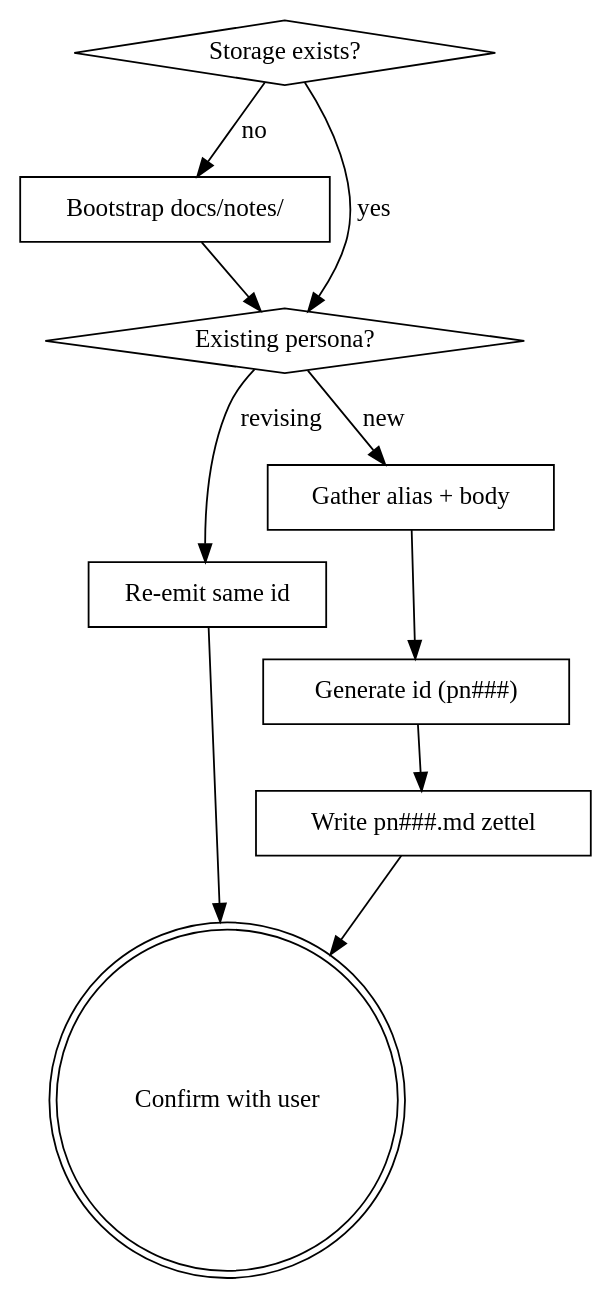
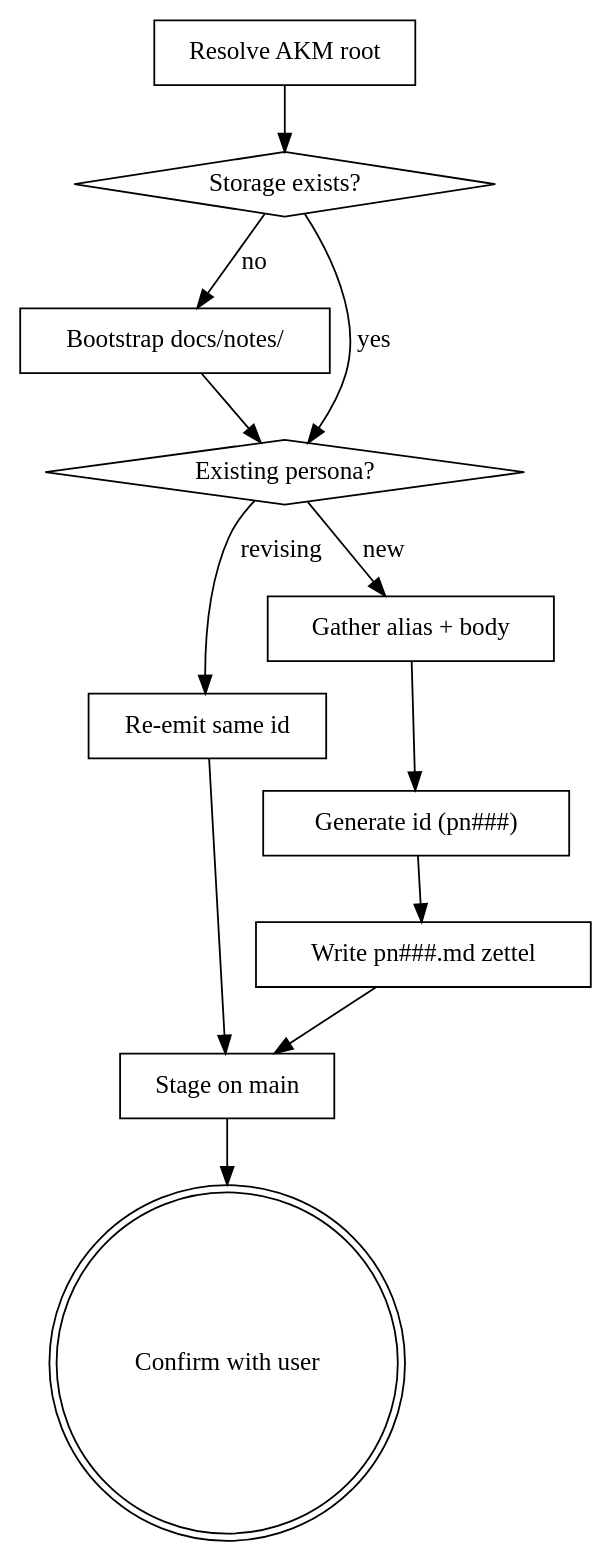
Before and after one commit to b3tchi/dotfiles: the diagram in claude/marketplace/plugins/infinifu/skills/persona-write/SKILL.md, drawn with Graphviz. The commit also changed other lines of this file and 53 other files, not shown here.

````diff
--- a/claude/marketplace/plugins/infinifu/skills/persona-write/SKILL.md
+++ b/claude/marketplace/plugins/infinifu/skills/persona-write/SKILL.md
@@ -59,22 +71,26 @@
 ```dot
 digraph persona_create {
+    "Resolve AKM root" [shape=box];
     "Storage exists?" [shape=diamond];
     "Bootstrap docs/notes/" [shape=box];
     "Existing persona?" [shape=diamond];
     "Re-emit same id" [shape=box];
     "Gather alias + body" [shape=box];
     "Generate id (pn###)" [shape=box];
     "Write pn###.md zettel" [shape=box];
+    "Stage on main" [shape=box];
     "Confirm with user" [shape=doublecircle];
 
+    "Resolve AKM root" -> "Storage exists?";
     "Storage exists?" -> "Bootstrap docs/notes/" [label="no"];
     "Storage exists?" -> "Existing persona?" [label="yes"];
     "Bootstrap docs/notes/" -> "Existing persona?";
     "Existing persona?" -> "Re-emit same id" [label="revising"];
     "Existing persona?" -> "Gather alias + body" [label="new"];
-    "Re-emit same id" -> "Confirm with user";
+    "Re-emit same id" -> "Stage on main";
     "Gather alias + body" -> "Generate id (pn###)";
     "Generate id (pn###)" -> "Write pn###.md zettel";
-    "Write pn###.md zettel" -> "Confirm with user";
+    "Write pn###.md zettel" -> "Stage on main";
+    "Stage on main" -> "Confirm with user";
 }
 ```
````
